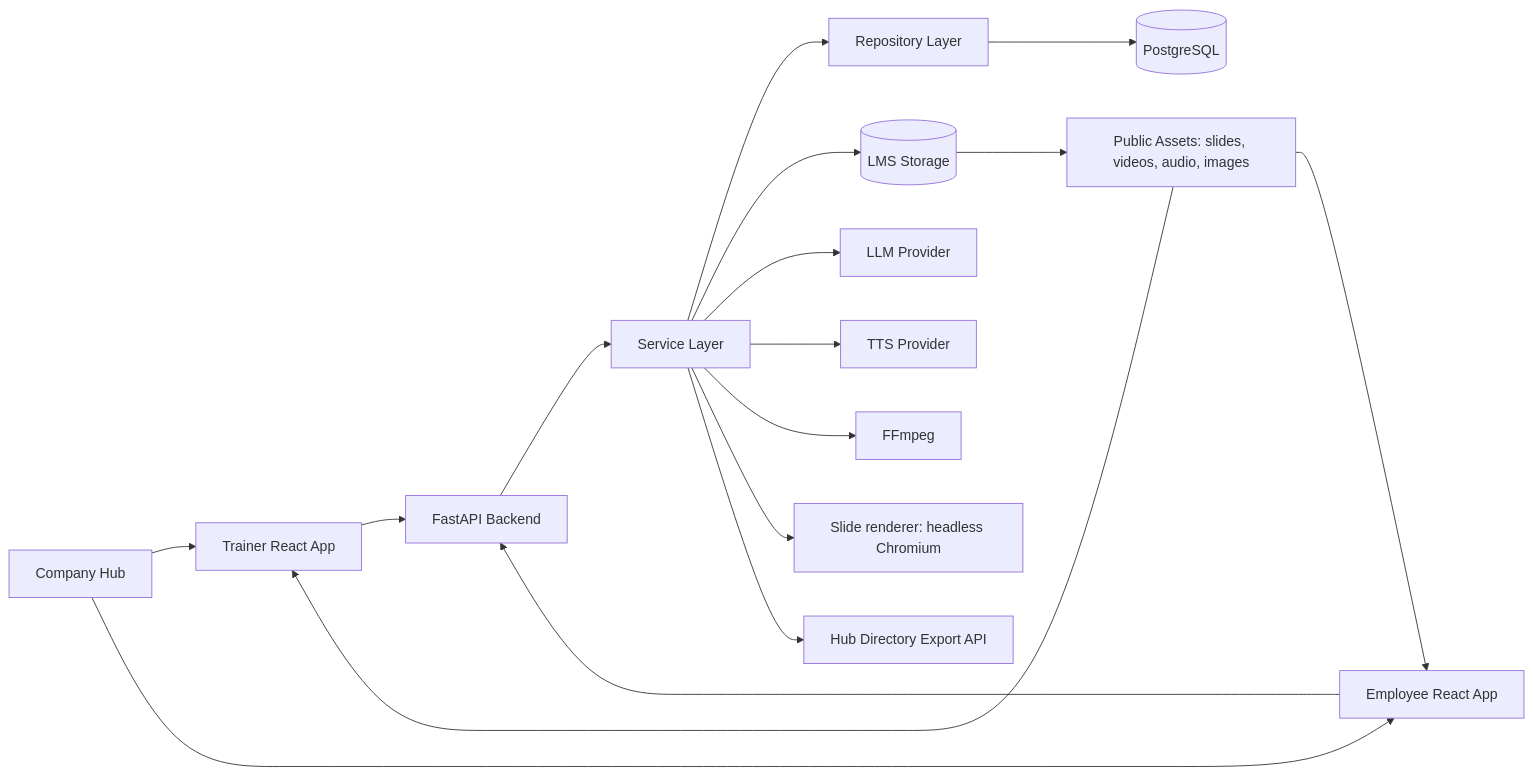
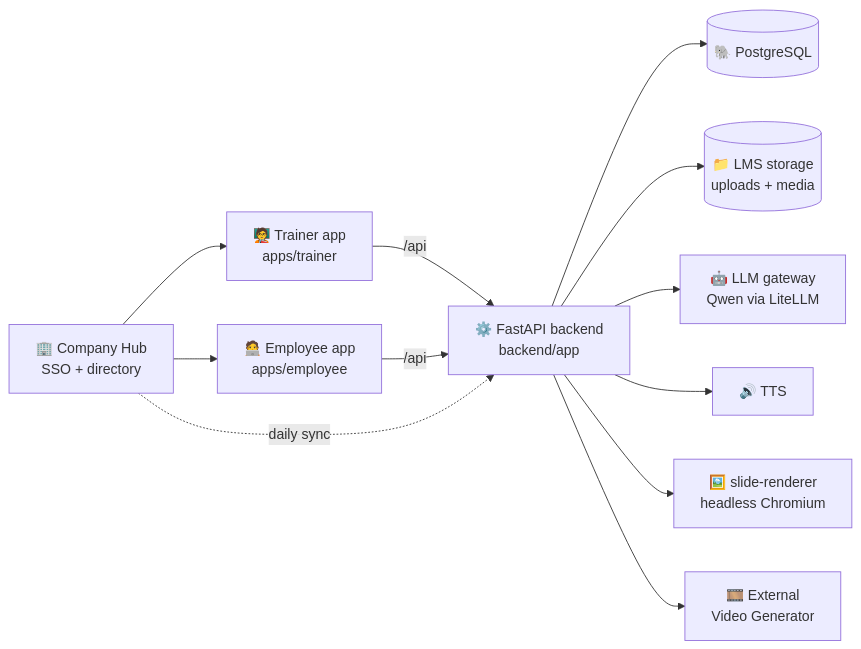
Before and after one commit to PraharshSrivastava/learning-management: the first of 5 diagrams in README.md, drawn with Mermaid. The commit also changed other lines of this file and 14 other files, not shown here.

First line of the commit message:
Rewrite README and add architecture guide and module READMEs

````diff
--- a/README.md
+++ b/README.md
@@ -38,23 +48,14 @@
 ```mermaid
 flowchart LR
-    Hub[Company Hub] --> TrainerApp[Trainer React App]
-    Hub --> EmployeeApp[Employee React App]
-
-    TrainerApp --> API[FastAPI Backend]
-    EmployeeApp --> API
-
-    API --> Services[Service Layer]
-    Services --> Repos[Repository Layer]
-    Repos --> Postgres[(PostgreSQL)]
-
-    Services --> Storage[(LMS Storage)]
-    Storage --> Assets[Public Assets: slides, videos, audio, images]
-    Assets --> TrainerApp
-    Assets --> EmployeeApp
-
-    Services --> LLM[LLM Provider]
-    Services --> TTS[TTS Provider]
-    Services --> FFmpeg[FFmpeg]
-    Services --> SlideRenderer[Slide renderer: headless Chromium]
-    Services --> Directory[Hub Directory Export API]
+    Hub[🏢 Company Hub<br/>SSO + directory] --> Trainer[🧑‍🏫 Trainer app<br/>apps/trainer]
+    Hub --> Employee[🧑‍💻 Employee app<br/>apps/employee]
+    Trainer -- /api --> API[⚙️ FastAPI backend<br/>backend/app]
+    Employee -- /api --> API
+    API --> DB[(🐘 PostgreSQL)]
+    API --> Storage[(📁 LMS storage<br/>uploads + media)]
+    API --> LLM[🤖 LLM gateway<br/>Qwen via LiteLLM]
+    API --> TTS[🔊 TTS]
+    API --> Renderer[🖼️ slide-renderer<br/>headless Chromium]
+    API --> VG[🎞️ External<br/>Video Generator]
+    Hub -. daily sync .-> API
 ```
````
